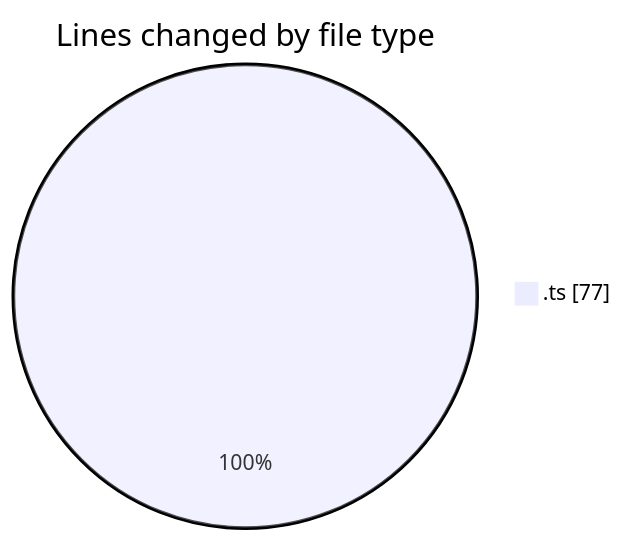
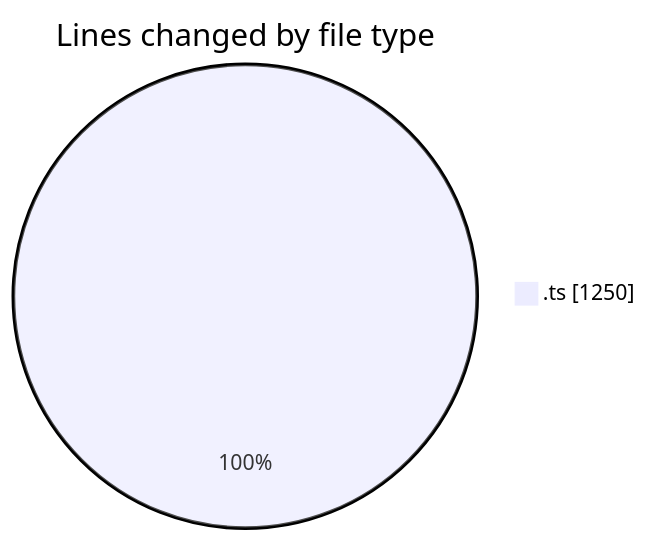
The first of 2 diagrams in 2025-10-24/cda/README.md (momahboobian/code-tracking), drawn with Mermaid before and after one commit. The commit also changed other lines of this file and 1 other file, not shown here.

````diff
--- a/2025-10-24/cda/README.md
+++ b/2025-10-24/cda/README.md
@@ -20,5 +22,5 @@
 ```mermaid
 pie showData
 title Lines changed by file type
-".ts" : 77
+".ts" : 1250
 ```
````
